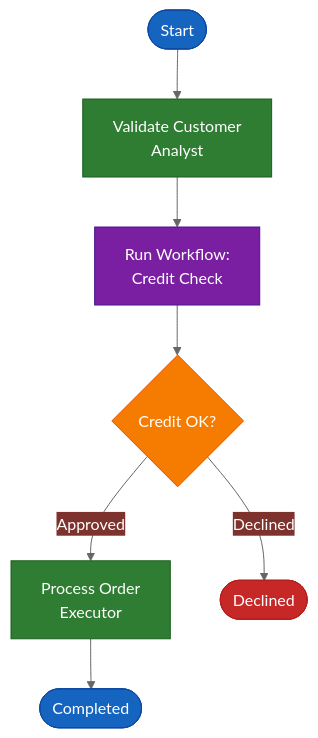
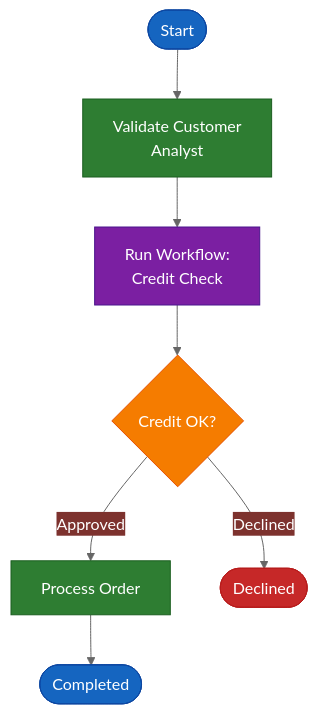
One commit to gcowin/approachable-workflows changed the ninth of 11 diagrams in docs/reference/visual-patterns.md. Above: the diagram before and after it, drawn with Mermaid. The commit also changed other lines of this file and 58 other files, not shown here.

````diff
--- a/docs/reference/visual-patterns.md
+++ b/docs/reference/visual-patterns.md
@@ -369,18 +365,18 @@
 ```mermaid
 %%{init: {'theme':'base', 'themeVariables': {'primaryColor':'#2E7D32','primaryTextColor':'#fff','lineColor':'#666'}}}%%
 graph TD
     Start([Start]) --> A[Validate Customer<br/>Analyst]
     A --> B[Run Workflow:<br/>Credit Check]
     B --> C{Credit OK?}
-    C -->|Approved| D[Process Order<br/>Executor]
+    C -->|Approved| D[Process Order]
     C -->|Declined| E([Declined])
     D --> F([Completed])
     
     style Start fill:#1565C0,stroke:#0D47A1,color:#fff
     style A fill:#2E7D32,stroke:#1B5E20,color:#fff
     style B fill:#7B1FA2,stroke:#4A148C,color:#fff
     style C fill:#F57C00,stroke:#E65100,color:#fff
     style D fill:#2E7D32,stroke:#1B5E20,color:#fff
     style E fill:#C62828,stroke:#B71C1C,color:#fff
     style F fill:#1565C0,stroke:#0D47A1,color:#fff
 ```
````
